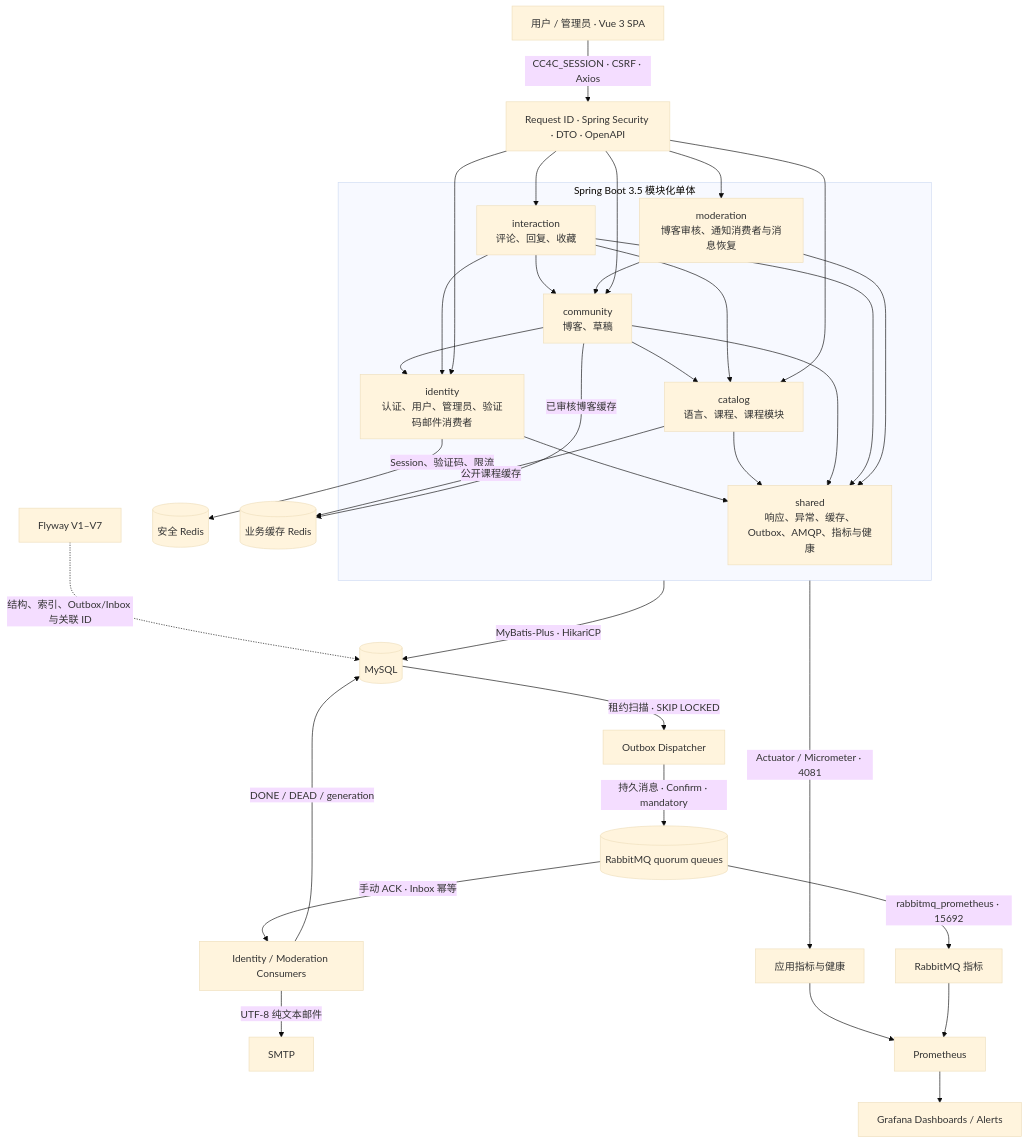
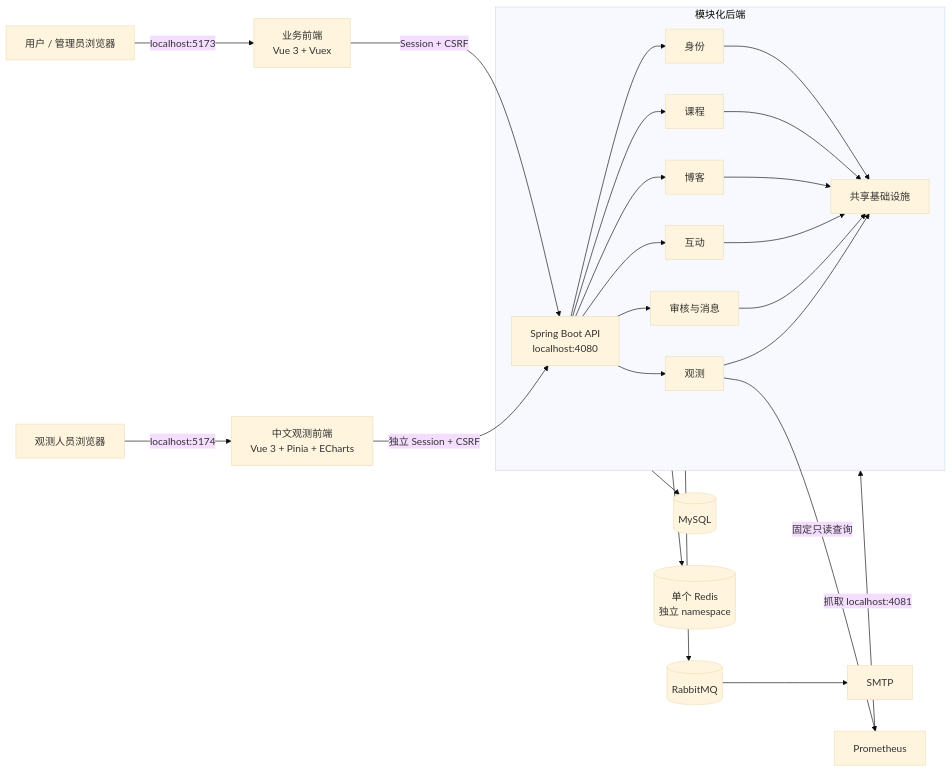
One commit to Jaily16/CC4C changed the diagram in README.md. Above: the diagram before and after it, drawn with Mermaid (base theme). The commit also changed other lines of this file and 11 other files, not shown here.

````diff
--- a/README.md
+++ b/README.md
@@ -148,46 +57,29 @@
 ```mermaid
-flowchart TB
-    Browser[用户 / 管理员 · Vue 3 SPA] -->|CC4C_SESSION · CSRF · Axios| HTTP[Request ID · Spring Security · DTO · OpenAPI]
+flowchart LR
+    User[用户 / 管理员浏览器] -->|localhost:5173| Web[业务前端<br/>Vue 3 + Vuex]
+    Observer[观测人员浏览器] -->|localhost:5174| ObserveWeb[中文观测前端<br/>Vue 3 + Pinia + ECharts]
+    Web -->|Session + CSRF| API[Spring Boot API<br/>localhost:4080]
+    ObserveWeb -->|独立 Session + CSRF| API
 
-    subgraph Backend[Spring Boot 3.5 模块化单体]
-        Shared[shared<br/>响应、异常、缓存、Outbox、AMQP、指标与健康]
-        Identity[identity<br/>认证、用户、管理员、验证码邮件消费者]
-        Catalog[catalog<br/>语言、课程、课程模块]
-        Community[community<br/>博客、草稿]
-        Interaction[interaction<br/>评论、回复、收藏]
-        Moderation[moderation<br/>博客审核、通知消费者与消息恢复]
-
-        Identity --> Shared
+    subgraph Backend[模块化后端]
+        API --> Identity[身份]
+        API --> Catalog[课程]
+        API --> Community[博客]
+        API --> Interaction[互动]
+        API --> Moderation[审核与消息]
+        API --> Observability[观测]
+        Identity --> Shared[共享基础设施]
         Catalog --> Shared
         Community --> Shared
-        Community --> Identity
-        Community --> Catalog
         Interaction --> Shared
-        Interaction --> Identity
-        Interaction --> Catalog
-        Interaction --> Community
         Moderation --> Shared
-        Moderation --> Community
+        Observability --> Shared
     end
 
-    HTTP --> Identity
-    HTTP --> Catalog
-    HTTP --> Community
-    HTTP --> Interaction
-    HTTP --> Moderation
-    Backend -->|MyBatis-Plus · HikariCP| DB[(MySQL)]
-    DB -->|租约扫描 · SKIP LOCKED| Dispatcher[Outbox Dispatcher]
-    Dispatcher -->|持久消息 · Confirm · mandatory| Rabbit[(RabbitMQ quorum queues)]
-    Rabbit -->|手动 ACK · Inbox 幂等| Consumers[Identity / Moderation Consumers]
-    Consumers -->|UTF-8 纯文本邮件| SMTP[SMTP]
-    Consumers -->|DONE / DEAD / generation| DB
-    Identity -->|Session、验证码、限流| SecurityRedis[(安全 Redis)]
-    Catalog -->|公开课程缓存| BusinessRedis[(业务缓存 Redis)]
-    Community -->|已审核博客缓存| BusinessRedis
-    Flyway[Flyway V1–V7] -. 结构、索引、Outbox/Inbox 与关联 ID .-> DB
-    Backend -->|Actuator / Micrometer · 4081| AppMetrics[应用指标与健康]
-    Rabbit -->|rabbitmq_prometheus · 15692| RabbitMetrics[RabbitMQ 指标]
-    AppMetrics --> Prometheus[Prometheus]
-    RabbitMetrics --> Prometheus
-    Prometheus --> Grafana[Grafana Dashboards / Alerts]
+    Backend --> MySQL[(MySQL)]
+    Backend --> Redis[(单个 Redis<br/>独立 namespace)]
+    Backend --> Rabbit[(RabbitMQ)]
+    Rabbit --> SMTP[SMTP]
+    Prometheus[Prometheus] -->|抓取 localhost:4081| Backend
+    Observability -->|固定只读查询| Prometheus
 ```
````
